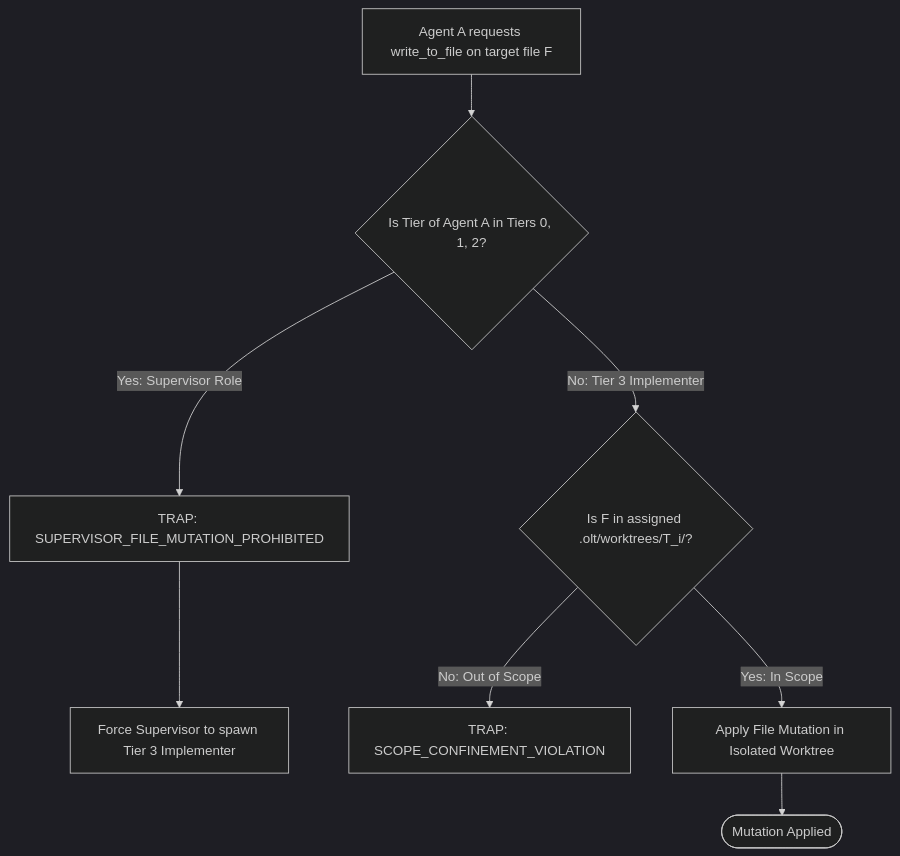
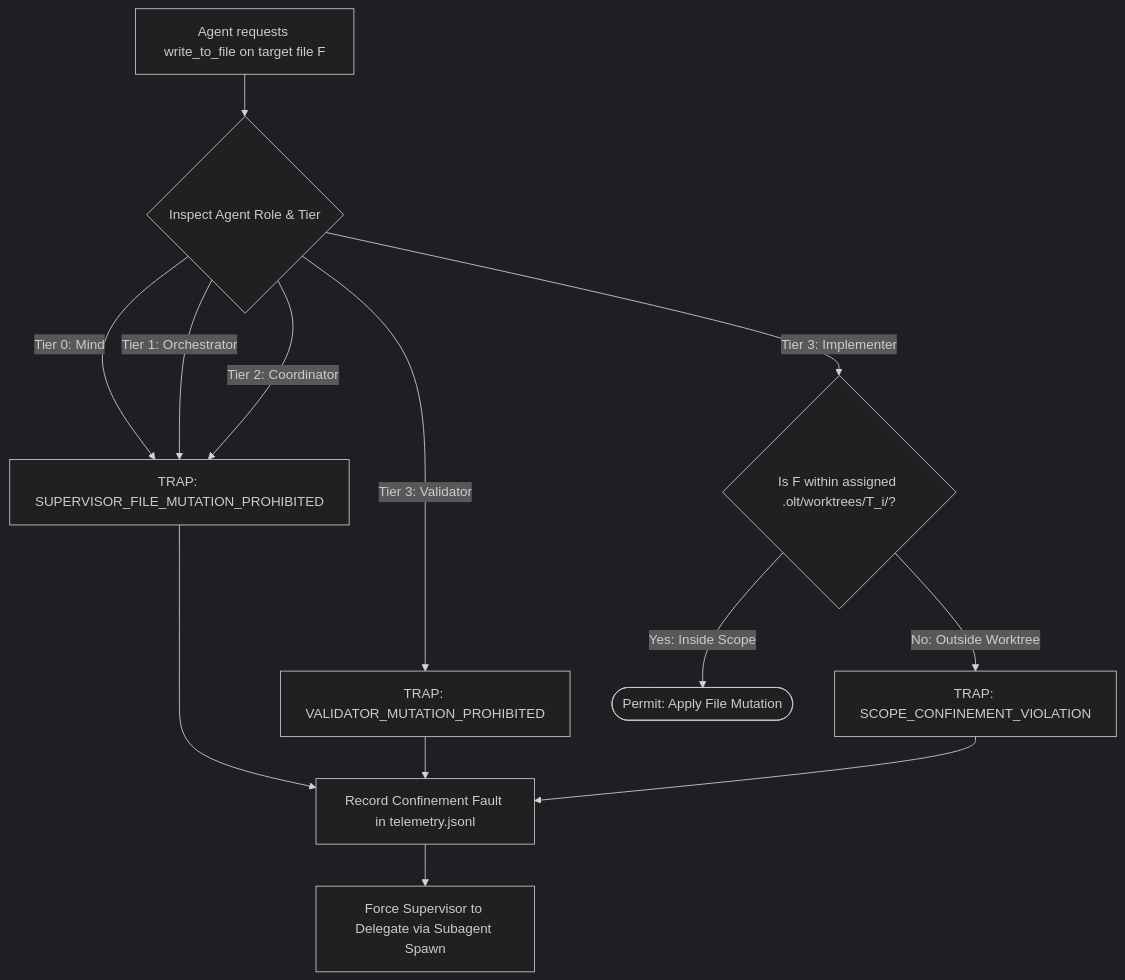
Before and after one commit to onurseckin/skills: the diagram in docs/olt/architecture/13-policy-rbac-failclosed-engine/13-04-zero-file-edit-rule-for-supervisors.md, drawn with Mermaid (dark theme). The commit also changed other lines of this file and 83 other files, not shown here.

````diff
--- a/docs/olt/architecture/13-policy-rbac-failclosed-engine/13-04-zero-file-edit-rule-for-supervisors.md
+++ b/docs/olt/architecture/13-policy-rbac-failclosed-engine/13-04-zero-file-edit-rule-for-supervisors.md
@@ -58,12 +103,20 @@
 ```mermaid
 flowchart TD
-    ActionReq[Agent A requests write_to_file on target file F] --> CheckTier{Is Tier of Agent A in Tiers 0, 1, 2?}
+    Action[Agent requests write_to_file on target file F] --> CheckRole{Inspect Agent Role & Tier}
 
-    CheckTier -->|Yes: Supervisor Role| BlockWrite[TRAP: SUPERVISOR_FILE_MUTATION_PROHIBITED]
-    BlockWrite --> DemandDelegation[Force Supervisor to spawn Tier 3 Implementer]
+    CheckRole -->|Tier 0: Mind| BlockSup[TRAP: SUPERVISOR_FILE_MUTATION_PROHIBITED]
+    CheckRole -->|Tier 1: Orchestrator| BlockSup
+    CheckRole -->|Tier 2: Coordinator| BlockSup
 
-    CheckTier -->|No: Tier 3 Implementer| CheckWorktree{Is F in assigned .olt/worktrees/T_i/?}
-    CheckWorktree -->|No: Out of Scope| BlockScope[TRAP: SCOPE_CONFINEMENT_VIOLATION]
-    CheckWorktree -->|Yes: In Scope| AllowWrite[Apply File Mutation in Isolated Worktree]
-    AllowWrite --> WriteDone([Mutation Applied])
+    CheckRole -->|Tier 3: Implementer| CheckWorktree{Is F within assigned .olt/worktrees/T_i/?}
+    CheckRole -->|Tier 3: Validator| BlockVal[TRAP: VALIDATOR_MUTATION_PROHIBITED]
+
+    CheckWorktree -->|No: Outside Worktree| BlockScope[TRAP: SCOPE_CONFINEMENT_VIOLATION]
+    CheckWorktree -->|Yes: Inside Scope| AllowWrite([Permit: Apply File Mutation])
+
+    BlockSup --> LogViolation[Record Confinement Fault in telemetry.jsonl]
+    BlockVal --> LogViolation
+    BlockScope --> LogViolation
+
+    LogViolation --> DemandDelegation[Force Supervisor to Delegate via Subagent Spawn]
 ```
````
